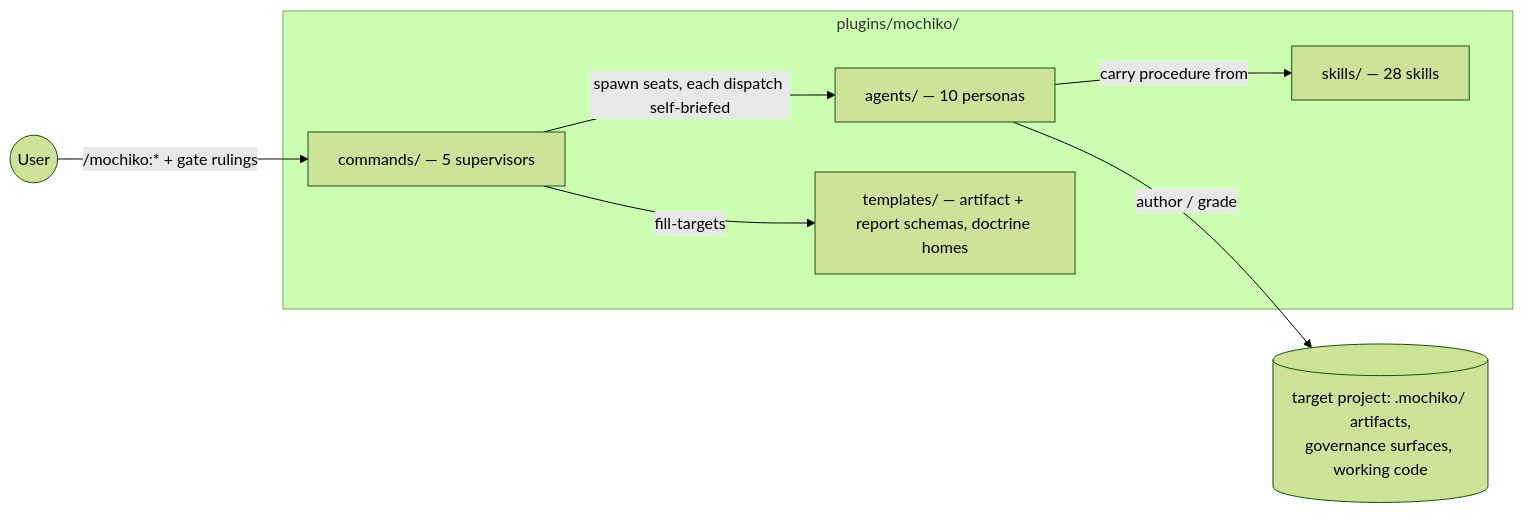
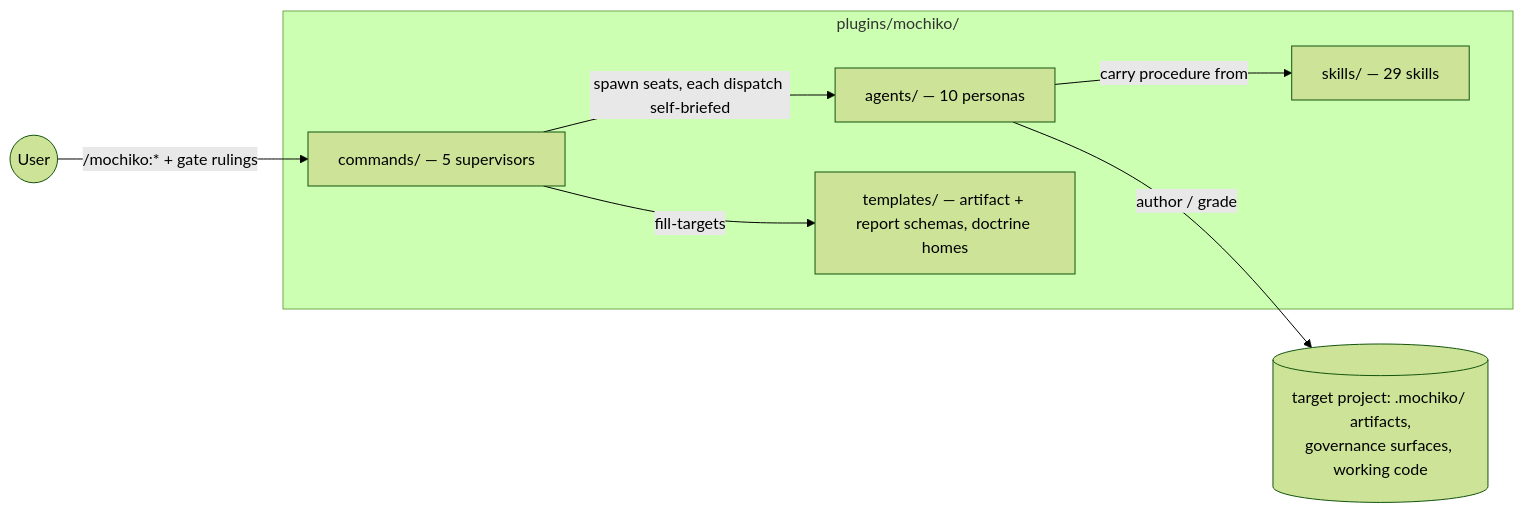
One commit to humaninloop-dev/mochiko changed the first of 7 diagrams in ARCHITECTURE.md. Above: the diagram before and after it, drawn with Mermaid (forest theme). The commit also changed other lines of this file and 48 other files, not shown here.

First line of the commit message:
Combined build wave v0.67.0: plan-the-plan gate + architect rotation + remove-shaped review posture

````diff
--- a/ARCHITECTURE.md
+++ b/ARCHITECTURE.md
@@ -19,15 +19,15 @@
 ```mermaid
 flowchart LR
   user(("User"))
   user -->|"/mochiko:* + gate rulings"| commands
   subgraph plugin ["plugins/mochiko/"]
     commands["commands/ — 5 supervisors"]
     agents["agents/ — 10 personas"]
-    skills["skills/ — 28 skills"]
+    skills["skills/ — 29 skills"]
     templates["templates/ — artifact + report schemas, doctrine homes"]
     commands -->|"spawn seats, each dispatch self-briefed"| agents
     agents -->|"carry procedure from"| skills
     commands -->|"fill-targets"| templates
   end
   agents -->|"author / grade"| target[("target project: .mochiko/ artifacts,<br/>governance surfaces, working code")]
 ```
````
